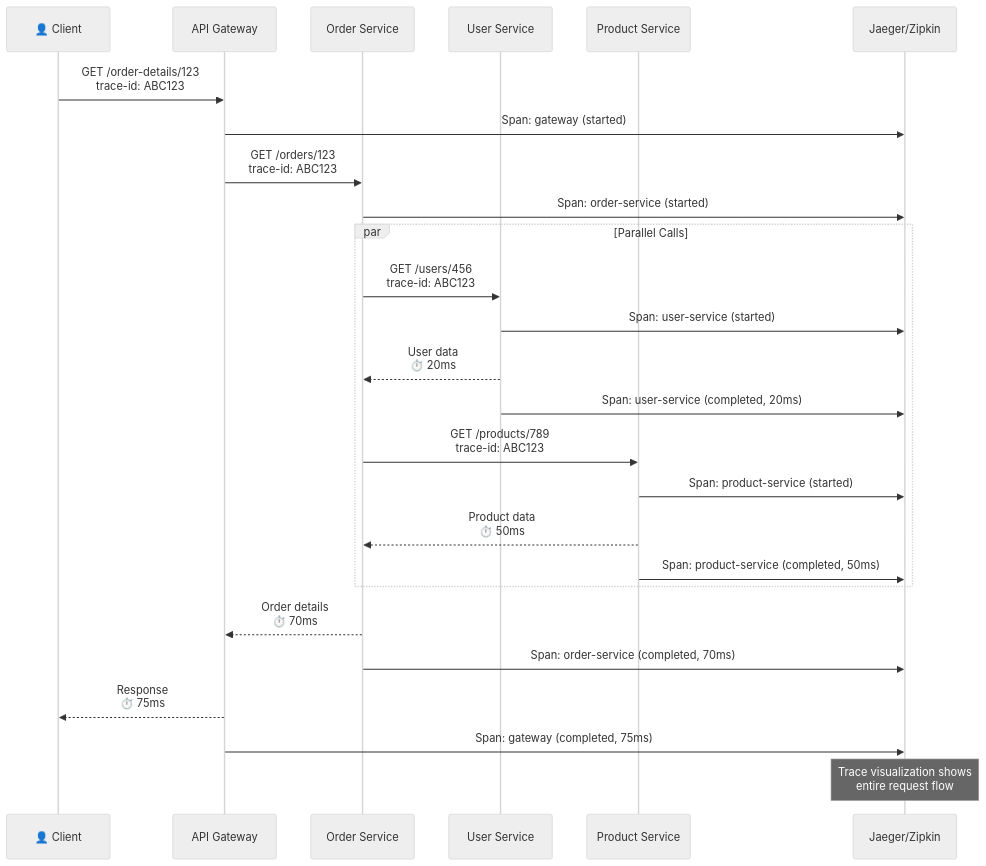
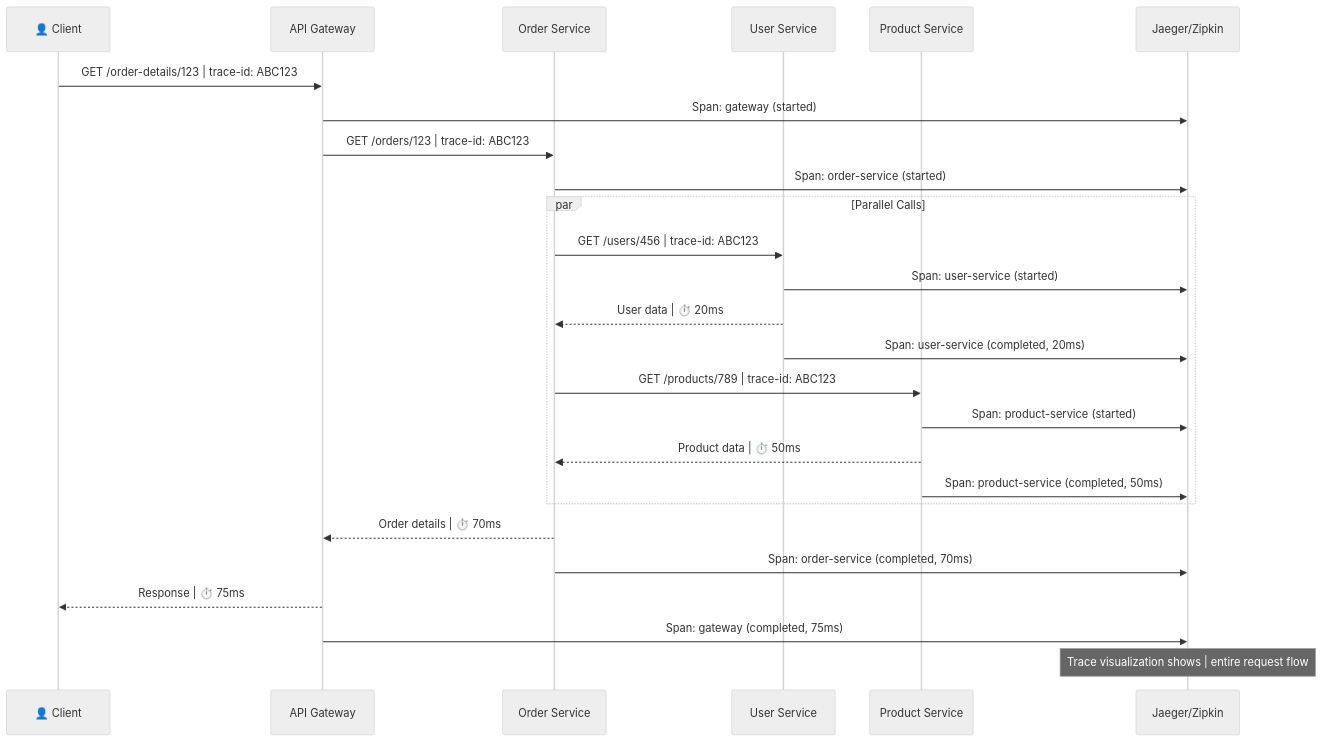
One commit to p1kmr/for-reading changed diagram 14 of 18 in HLD/foundation/09_microservices.md. Above: the diagram before and after it, drawn with Mermaid (neutral theme). The commit also changed other lines of this file and 14 other files, not shown here.

Commit message:
Fix Mermaid diagram syntax: Replace <br/> with <br> for GitHub compatibility

````diff
--- a/HLD/foundation/09_microservices.md
+++ b/HLD/foundation/09_microservices.md
@@ -771,35 +771,35 @@
 ```mermaid
 sequenceDiagram
     participant Client as 👤 Client
     participant Gateway as API Gateway
     participant Order as Order Service
     participant User as User Service
     participant Product as Product Service
     participant Tracer as Jaeger/Zipkin
 
-    Client->>Gateway: GET /order-details/123<br/>trace-id: ABC123
+    Client->>Gateway: GET /order-details/123 | trace-id: ABC123
 
     Gateway->>Tracer: Span: gateway (started)
-    Gateway->>Order: GET /orders/123<br/>trace-id: ABC123
+    Gateway->>Order: GET /orders/123 | trace-id: ABC123
     Order->>Tracer: Span: order-service (started)
 
     par Parallel Calls
-        Order->>User: GET /users/456<br/>trace-id: ABC123
+        Order->>User: GET /users/456 | trace-id: ABC123
         User->>Tracer: Span: user-service (started)
-        User-->>Order: User data<br/>⏱️ 20ms
+        User-->>Order: User data | ⏱️ 20ms
         User->>Tracer: Span: user-service (completed, 20ms)
 
-        Order->>Product: GET /products/789<br/>trace-id: ABC123
+        Order->>Product: GET /products/789 | trace-id: ABC123
         Product->>Tracer: Span: product-service (started)
-        Product-->>Order: Product data<br/>⏱️ 50ms
+        Product-->>Order: Product data | ⏱️ 50ms
         Product->>Tracer: Span: product-service (completed, 50ms)
     end
 
-    Order-->>Gateway: Order details<br/>⏱️ 70ms
+    Order-->>Gateway: Order details | ⏱️ 70ms
     Order->>Tracer: Span: order-service (completed, 70ms)
 
-    Gateway-->>Client: Response<br/>⏱️ 75ms
+    Gateway-->>Client: Response | ⏱️ 75ms
     Gateway->>Tracer: Span: gateway (completed, 75ms)
 
-    Note over Tracer: Trace visualization shows<br/>entire request flow
+    Note over Tracer: Trace visualization shows | entire request flow
 ```
````
